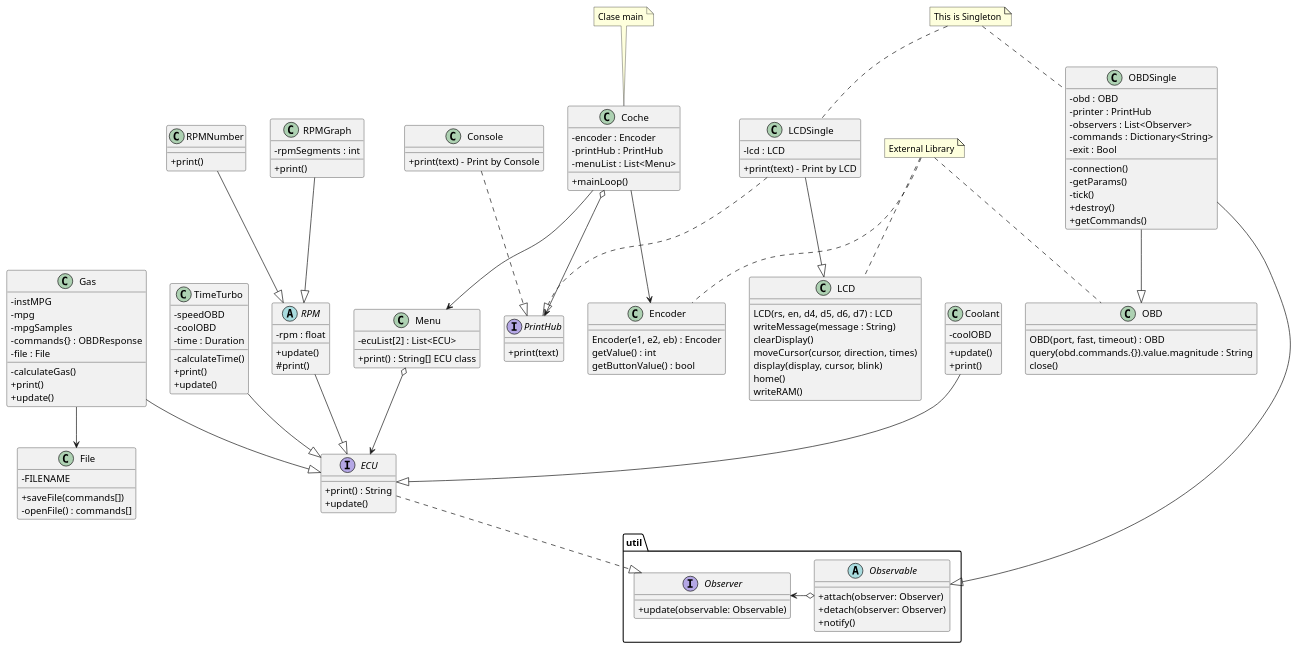
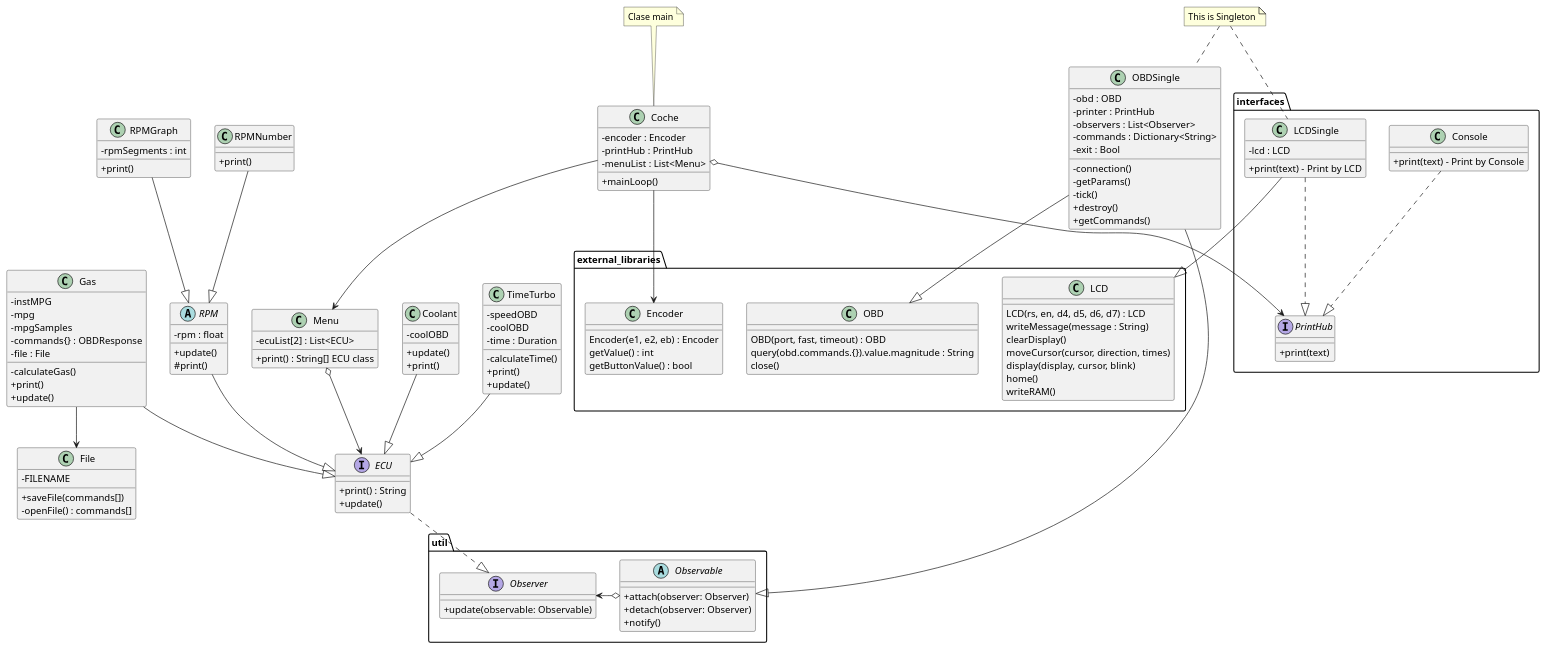
One commit to TahedoranIX/RPMGauge changed the diagram in doc/NuevoPlanteamiento.puml. Above: the diagram before and after it, drawn with PlantUML. The commit also changed 4 other files, not shown here.

```diff
--- a/doc/NuevoPlanteamiento.puml
+++ b/doc/NuevoPlanteamiento.puml
@@ -1,174 +1,172 @@
 @startuml
 
 skinparam classAttributeIconSize 0
 
 package util <<Folder>> {
     interface Observer {
     +update(observable: Observable)
     }
+
     abstract Observable {
     +attach(observer: Observer)
     +detach(observer: Observer)
     +notify()
     }
+    Observable o-right-> Observer
 }
-Observable o-right-> Observer
+
+package interfaces <<Folder>> {
+    class Console {
+    +print(text) - Print by Console
+    }
+
+    class LCDSingle {
+    -lcd : LCD
+    +print(text) - Print by LCD
+    }
+
+    interface PrintHub {
+    +print(text)
+    }
+}
+
+package external_libraries <<Folder>> {
+    class Encoder {
+    Encoder(e1, e2, eb) : Encoder
+    getValue() : int
+    getButtonValue() : bool
+    }
+
+    class LCD {
+    LCD(rs, en, d4, d5, d6, d7) : LCD
+    writeMessage(message : String)
+    clearDisplay()
+    moveCursor(cursor, direction, times)
+    display(display, cursor, blink)
+    home()
+    writeRAM()
+    }
+
+    class OBD {
+    OBD(port, fast, timeout) : OBD
+    query(obd.commands.{}).value.magnitude : String
+    close()
+    }
+}
 
 class Coche {
 -encoder : Encoder
 -printHub : PrintHub
 -menuList : List<Menu>
 +mainLoop()
 }
-Coche o--> PrintHub
-Coche --> Menu
-Coche --> Encoder
-
-class Console {
-+print(text) - Print by Console
-}
-Console ..|> PrintHub
 
 class Coolant {
 -coolOBD
 +update()
 +print()
 }
-Coolant --|> ECU
 
 interface ECU {
 +print() : String
 +update()
-}
-ECU ..|> Observer
-
-class Encoder {
-Encoder(e1, e2, eb) : Encoder
-getValue() : int
-getButtonValue() : bool
 }
 
 class Gas {
 -instMPG
 -mpg
 -mpgSamples
 -commands{} : OBDResponse
 -file : File
 -calculateGas()
 +print()
 +update()
 }
-Gas --|> ECU
-Gas --> File
-
-class LCD {
-LCD(rs, en, d4, d5, d6, d7) : LCD
-writeMessage(message : String)
-clearDisplay()
-moveCursor(cursor, direction, times)
-display(display, cursor, blink)
-home()
-writeRAM()
-}
-
-class LCDSingle {
--lcd : LCD
-+print(text) - Print by LCD
-}
-LCDSingle ..|> PrintHub
-LCDSingle --|> LCD
 
 class Menu {
 -ecuList[2] : List<ECU>
 +print() : String[] ECU class
-}
-Menu o--> ECU
-
-class OBD {
-
-OBD(port, fast, timeout) : OBD
-query(obd.commands.{}).value.magnitude : String
-close()
 }
 
 class OBDSingle {
 -obd : OBD
 -printer : PrintHub
 -observers : List<Observer>
 -commands : Dictionary<String>
 -exit : Bool
 -connection()
 -getParams()
 -tick()
 +destroy()
 +getCommands()
-
-
-}
-OBDSingle --|> Observable
-OBDSingle --|> OBD
-
-interface PrintHub {
-+print(text)
 }
 
 abstract RPM {
 -rpm : float
 +update()
 #print()
 }
-RPM --|> ECU
 
 class RPMNumber {
 +print()
 }
-RPMNumber --|> RPM
 
 class RPMGraph {
 -rpmSegments : int
 +print()
 }
-RPMGraph --|> RPM
 
 class File {
 -FILENAME
 +saveFile(commands[])
 -openFile() : commands[]
 }
 
 class TimeTurbo {
 -speedOBD
 -coolOBD
 -time : Duration
 -calculateTime()
 +print()
 +update()
 }
+
+
+Coche o--> PrintHub
+Coche --> Menu
+Coche --> Encoder
+Coolant --|> ECU
+Console ..|> PrintHub
+ECU ..|> Observer
+LCDSingle ..|> PrintHub
+LCDSingle --|> LCD
+Gas --|> ECU
+Gas --> File
+Menu o--> ECU
+OBDSingle --|> Observable
+OBDSingle --|> OBD
+RPM --|> ECU
+RPMNumber --|> RPM
+RPMGraph --|> RPM
 TimeTurbo --|> ECU
 
-
-
-note "External Library" as Lib
-Lib .. LCD
-Lib .. OBD
-Lib .. Encoder
 
 note "Clase main" as Main
 Main .. Coche
 
 note "This is Singleton" as Singleton
 Singleton .. OBDSingle
 Singleton .. LCDSingle
 
 
 
 
 
 
 
 
 
 
 
 
 @enduml
```
